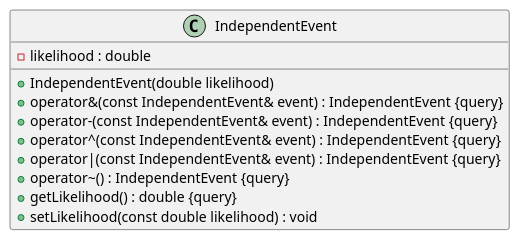
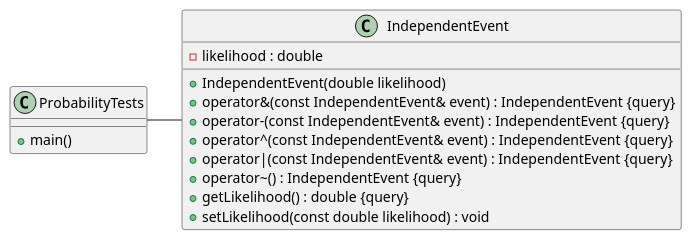
One commit to t-macdon/oop-cpp-605-604 changed the diagram in Probability/docs/design.plantuml. Above: the diagram before and after it, drawn with PlantUML.

Commit message:
Add driver to design plantuml

```diff
--- a/Probability/docs/design.plantuml
+++ b/Probability/docs/design.plantuml
@@ -1,40 +1,43 @@
 @startuml
 
 
 
 
 
 /' Objects '/
 
 class IndependentEvent {
 	+IndependentEvent(double likelihood)
 	+operator&(const IndependentEvent& event) : IndependentEvent {query}
 	+operator-(const IndependentEvent& event) : IndependentEvent {query}
 	+operator^(const IndependentEvent& event) : IndependentEvent {query}
 	+operator|(const IndependentEvent& event) : IndependentEvent {query}
 	+operator~() : IndependentEvent {query}
 	+getLikelihood() : double {query}
 	-likelihood : double
 	+setLikelihood(const double likelihood) : void
 }
 
 
+class ProbabilityTests {
+	+main()
+}
 
-
+IndependentEvent -left- ProbabilityTests
 
 /' Inheritance relationships '/
 
 
 
 
 /' Aggregation relationships '/
 
 
 
 
 
 /' Nested objects '/
 
 
 
 @enduml
```
